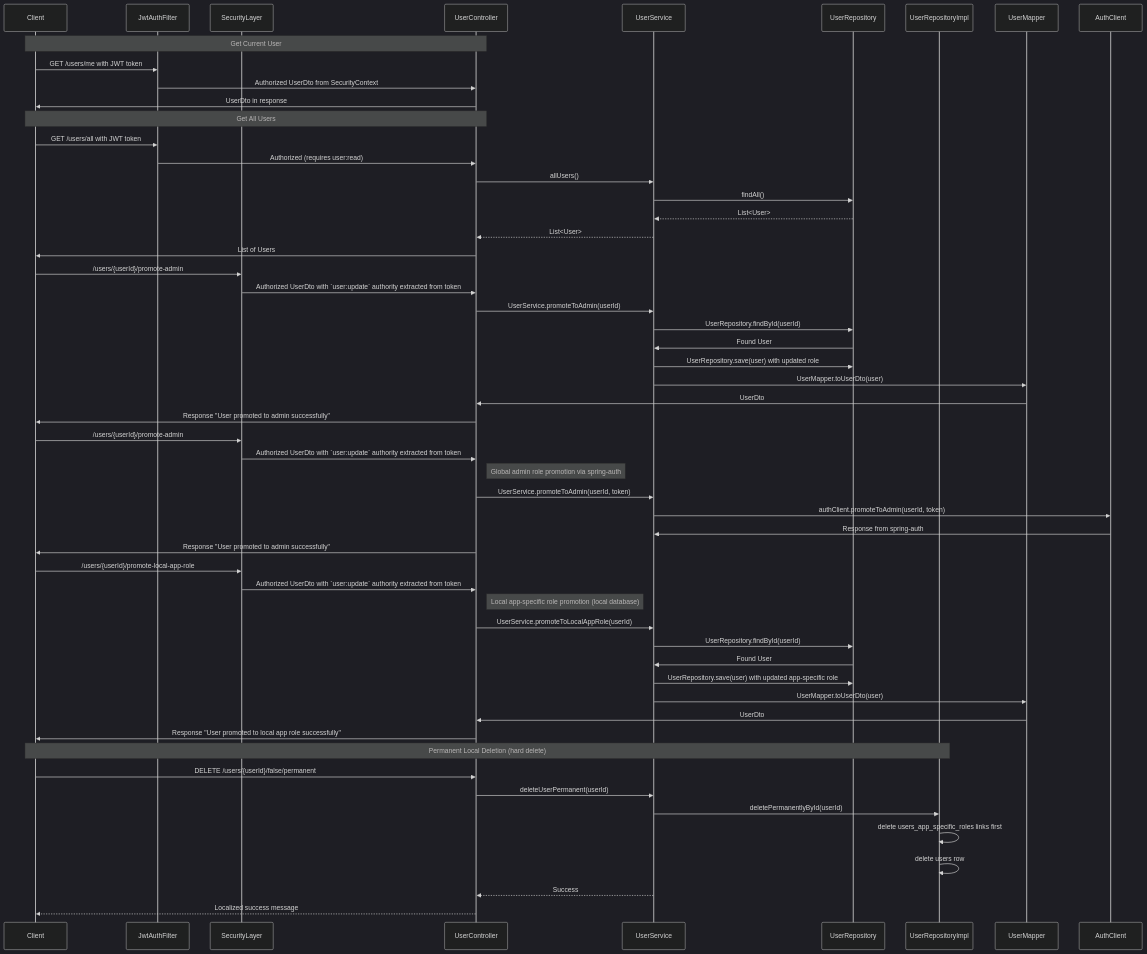
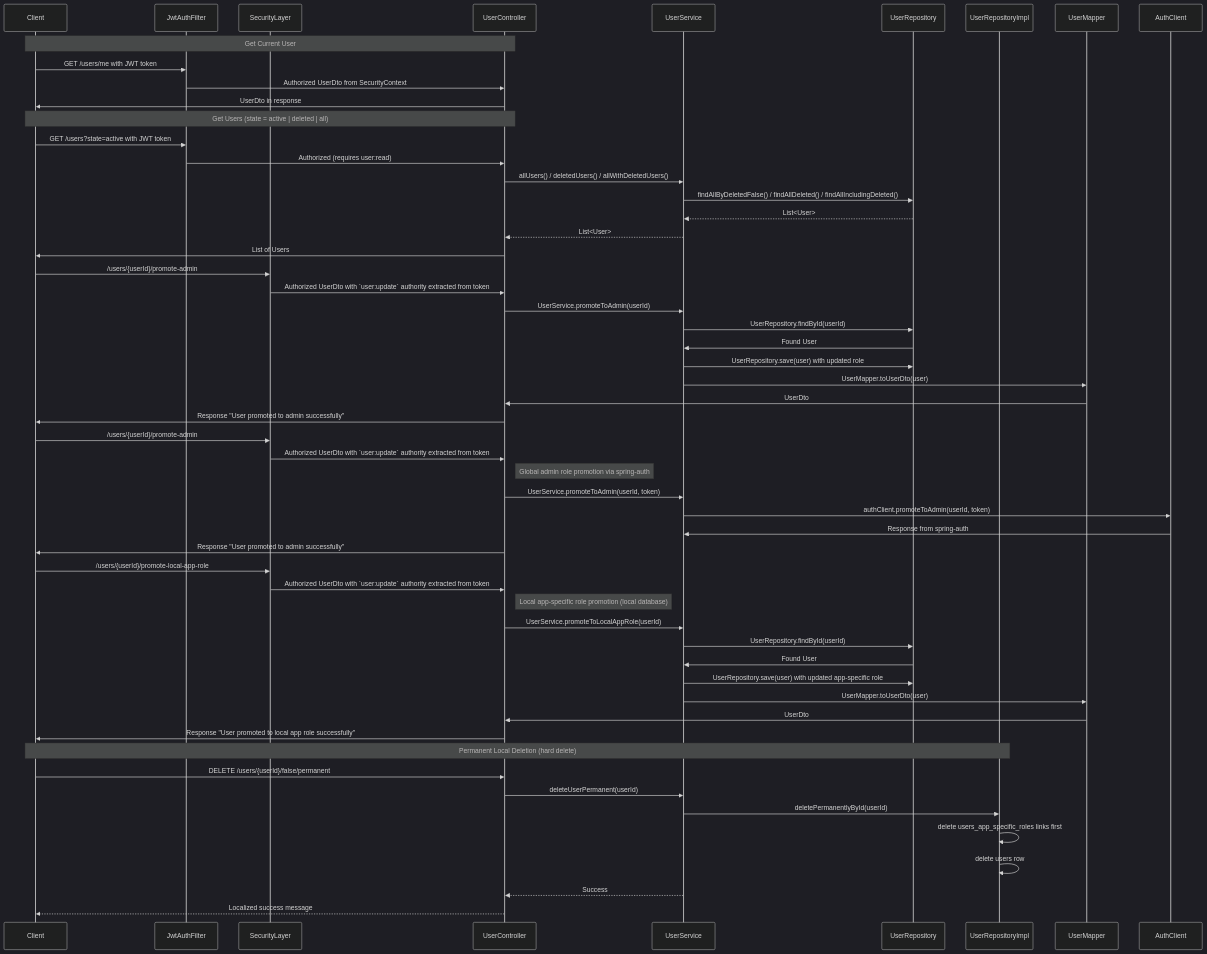
Before and after one commit to OrifInformatique/template_frontback: the sixth of 8 diagrams in doc/process-documentation.md, drawn with Mermaid (dark theme). The commit also changed 16 other files, not shown here.

Commit message:
refactor: implement soft-delete filtering across API and frontend with three states : "active" (default), "deleted" and "all"

````diff
--- a/doc/process-documentation.md
+++ b/doc/process-documentation.md
@@ -309,62 +309,62 @@
 ```mermaid
 sequenceDiagram
     participant Client
     participant JwtAuthFilter
     participant SecurityLayer
     participant UserController
     participant UserService
     participant UserRepository
     participant UserRepositoryImpl
     participant UserMapper
 
     Note over Client,UserController: Get Current User
     Client->>JwtAuthFilter: GET /users/me with JWT token
     JwtAuthFilter->>UserController: Authorized UserDto from SecurityContext
     UserController->>Client: UserDto in response
 
-    Note over Client,UserController: Get All Users
-    Client->>JwtAuthFilter: GET /users/all with JWT token
+    Note over Client,UserController: Get Users (state = active | deleted | all)
+    Client->>JwtAuthFilter: GET /users?state=active with JWT token
     JwtAuthFilter->>UserController: Authorized (requires user:read)
-    UserController->>UserService: allUsers()
-    UserService->>UserRepository: findAll()
+    UserController->>UserService: allUsers() / deletedUsers() / allWithDeletedUsers()
+    UserService->>UserRepository: findAllByDeletedFalse() / findAllDeleted() / findAllIncludingDeleted()
     UserRepository-->>UserService: List<User>
     UserService-->>UserController: List<User>
     UserController->>Client: List of Users
 
     Client->>SecurityLayer: /users/{userId}/promote-admin
     SecurityLayer->>UserController: Authorized UserDto with `user:update` authority extracted from token
     UserController->>UserService: UserService.promoteToAdmin(userId)
     UserService->>UserRepository: UserRepository.findById(userId)
     UserRepository->>UserService: Found User
     UserService->>UserRepository: UserRepository.save(user) with updated role
     UserService->>UserMapper: UserMapper.toUserDto(user)
     UserMapper->>UserController: UserDto
     UserController->>Client: Response "User promoted to admin successfully"
     Client->>SecurityLayer: /users/{userId}/promote-admin
     SecurityLayer->>UserController: Authorized UserDto with `user:update` authority extracted from token
     note right of UserController: Global admin role promotion via spring-auth
     UserController->>UserService: UserService.promoteToAdmin(userId, token)
     UserService->>AuthClient: authClient.promoteToAdmin(userId, token)
     AuthClient->>UserService: Response from spring-auth
     UserController->>Client: Response "User promoted to admin successfully"
 
     Client->>SecurityLayer: /users/{userId}/promote-local-app-role
     SecurityLayer->>UserController: Authorized UserDto with `user:update` authority extracted from token
     note right of UserController: Local app-specific role promotion (local database)
     UserController->>UserService: UserService.promoteToLocalAppRole(userId)
     UserService->>UserRepository: UserRepository.findById(userId)
     UserRepository->>UserService: Found User
     UserService->>UserRepository: UserRepository.save(user) with updated app-specific role
     UserService->>UserMapper: UserMapper.toUserDto(user)
     UserMapper->>UserController: UserDto
     UserController->>Client: Response "User promoted to local app role successfully"
 
     Note over Client,UserRepositoryImpl: Permanent Local Deletion (hard delete)
     Client->>UserController: DELETE /users/{userId}/false/permanent
     UserController->>UserService: deleteUserPermanent(userId)
     UserService->>UserRepositoryImpl: deletePermanentlyById(userId)
     UserRepositoryImpl->>UserRepositoryImpl: delete users_app_specific_roles links first
     UserRepositoryImpl->>UserRepositoryImpl: delete users row
     UserService-->>UserController: Success
     UserController-->>Client: Localized success message
 ```
````
